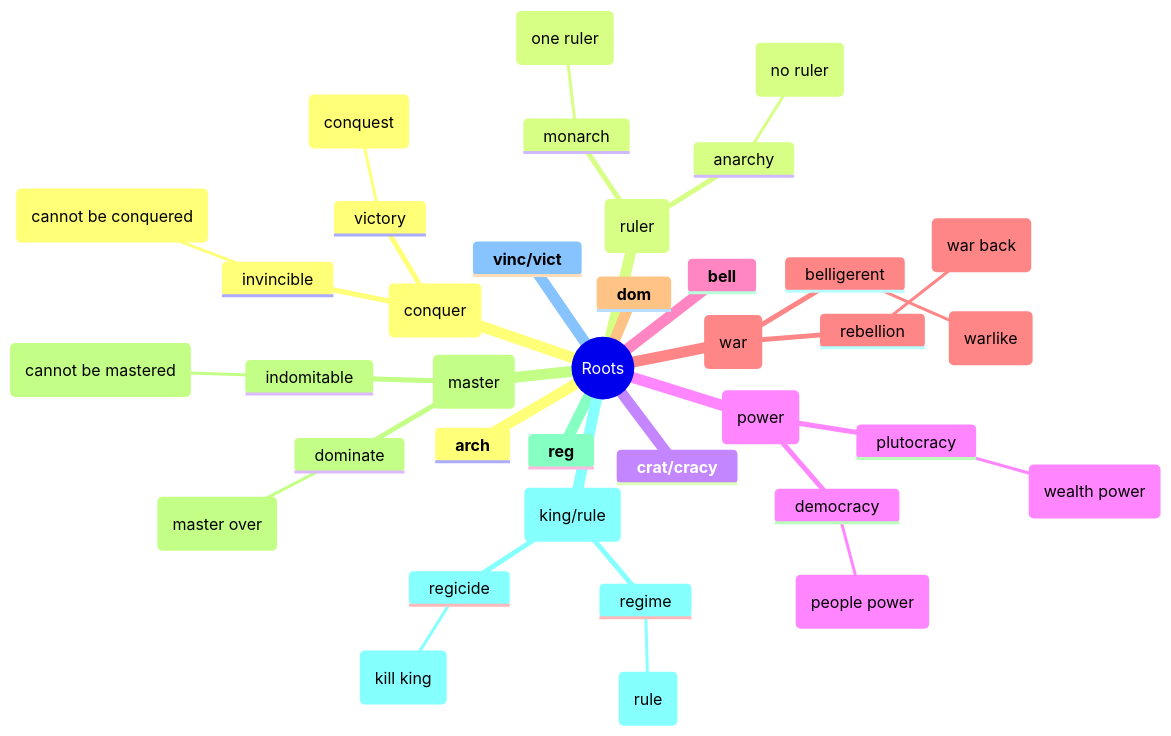
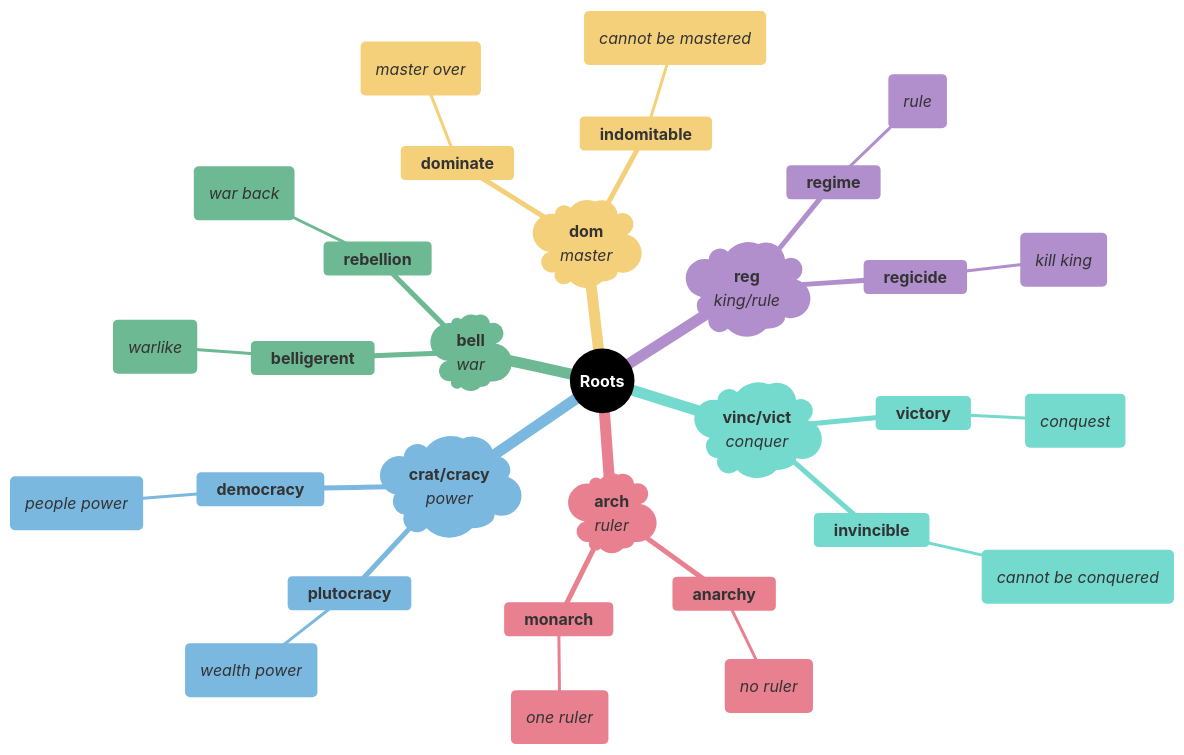
The seventh of 7 diagrams in mindmaps/09-power-and-authority.md (95anantsingh/gre-preparation), drawn with Mermaid before and after one commit. The commit also changed other lines of this file and 14 other files, not shown here.

````diff
--- a/mindmaps/09-power-and-authority.md
+++ b/mindmaps/09-power-and-authority.md
@@ -351,40 +473,53 @@
 ```mermaid
+%%{
+  init: {
+    "theme": "base",
+    "themeVariables": {
+      "primaryColor": "#000000",
+      "cScale1": "#e8808f",  "cScaleInv1": "#a33445",
+      "cScale2": "#7bb8e0",  "cScaleInv2": "#266a93",
+      "cScale3": "#6db993",  "cScaleInv3": "#23543f",
+      "cScale4": "#f5d07a",  "cScaleInv4": "#c4903b",
+      "cScale5": "#b08fcc",  "cScaleInv5": "#5d3b75",
+      "cScale6": "#74dace",  "cScaleInv6": "#217d72",
+      "cScale7": "#f09570",  "cScaleInv7": "#b84112",
+      "cScale8": "#8ea8c2",  "cScaleInv8": "#32465e",
+      "cScale9": "#cc7fba",  "cScaleInv9": "#7d2868",
+      "cScale10": "#c99a78", "cScaleInv10": "#7c4e32",
+      "cScale11": "#a3a3a3", "cScaleInv11": "#3d3d3d"
+    }
+  }
+}%%
 mindmap
-  root((Roots))
-    **arch**
-    (ruler)
-      anarchy
-        (no ruler)
-      monarch
-        (one ruler)
-    **crat/cracy**
-    (power)
-      plutocracy
-        (wealth power)
-      democracy
-        (people power)
-    **bell**
-    (war)
-      rebellion
-        (war back)
-      belligerent
-        (warlike)
-    **dom**
-    (master)
-      dominate
-        (master over)
-      indomitable
-        (cannot be mastered)
-    **reg**
-    (king/rule)
-      regicide
-        (kill king)
-      regime
-        (rule)
-    **vinc/vict**
-    (conquer)
-      invincible
-        (cannot be conquered)
-      victory
-        (conquest)
+  root((<font color=white>**Roots**</font>))
+    )**arch**</br>_ruler_(
+      **anarchy**
+        (_no ruler_)
+      **monarch**
+        (_one ruler_)
+    )**crat/cracy**</br>_power_(
+      **plutocracy**
+        (_wealth power_)
+      **democracy**
+        (_people power_)
+    )**bell**</br>_war_(
+      **rebellion**
+        (_war back_)
+      **belligerent**
+        (_warlike_)
+    )**dom**</br>_master_(
+      **dominate**
+        (_master over_)
+      **indomitable**
+        (_cannot be mastered_)
+    )**reg**</br>_king/rule_(
+      **regicide**
+        (_kill king_)
+      **regime**
+        (_rule_)
+    )**vinc/vict**</br>_conquer_(
+      **invincible**
+        (_cannot be conquered_)
+      **victory**
+        (_conquest_)
 ```
````
